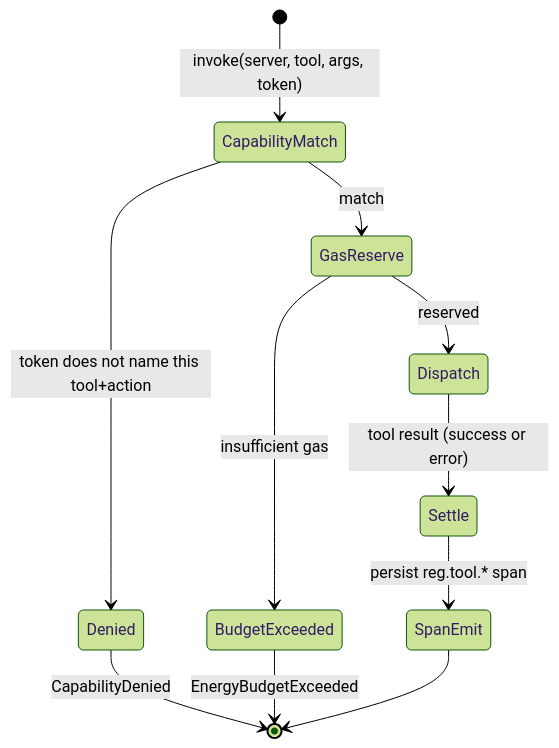
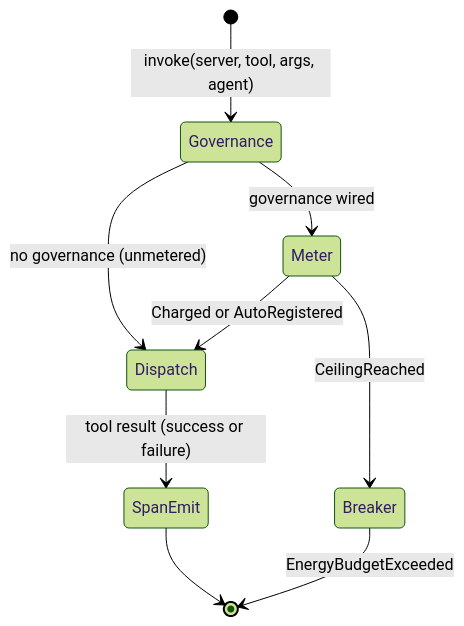
The diagram in kask/docs/diataxis/hkask-capability/explanation.md (mdz-axo/zed-kask), drawn with Mermaid (forest theme) before and after one commit. The commit also changed other lines of this file and 19 other files, not shown here.

````diff
--- a/kask/docs/diataxis/hkask-capability/explanation.md
+++ b/kask/docs/diataxis/hkask-capability/explanation.md
@@ -49,13 +98,11 @@
 ```mermaid
 stateDiagram-v2
-    [*] --> CapabilityMatch: invoke(server, tool, args, token)
-    CapabilityMatch --> Denied: token does not name this tool+action
-    CapabilityMatch --> GasReserve: match
-    GasReserve --> BudgetExceeded: insufficient gas
-    GasReserve --> Dispatch: reserved
-    Dispatch --> Settle: tool result (success or error)
-    Settle --> SpanEmit: persist reg.tool.* span
+    [*] --> Governance: invoke(server, tool, args, agent)
+    Governance --> Meter: governance wired
+    Governance --> Dispatch: no governance (unmetered)
+    Meter --> Dispatch: Charged or AutoRegistered
+    Meter --> Breaker: CeilingReached
+    Dispatch --> SpanEmit: tool result (success or failure)
     SpanEmit --> [*]
-    Denied --> [*]: CapabilityDenied
-    BudgetExceeded --> [*]: EnergyBudgetExceeded
+    Breaker --> [*]: EnergyBudgetExceeded
 ```
````
